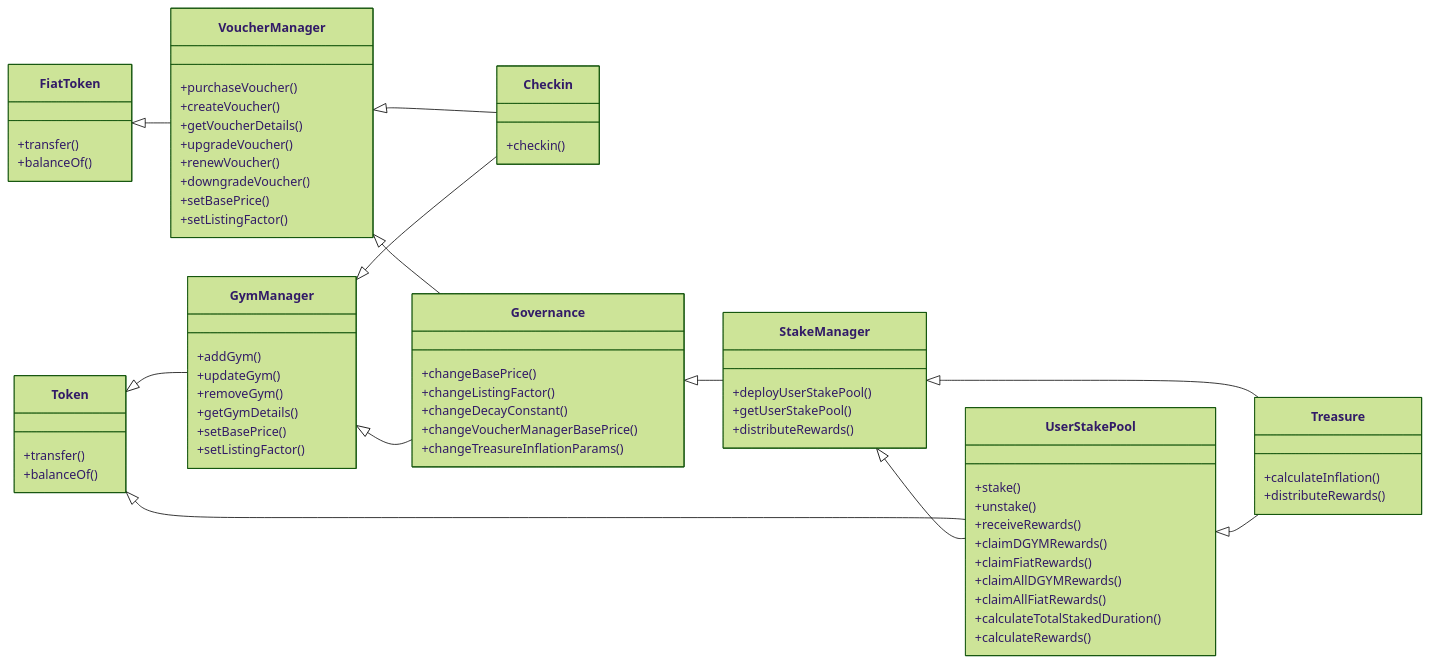
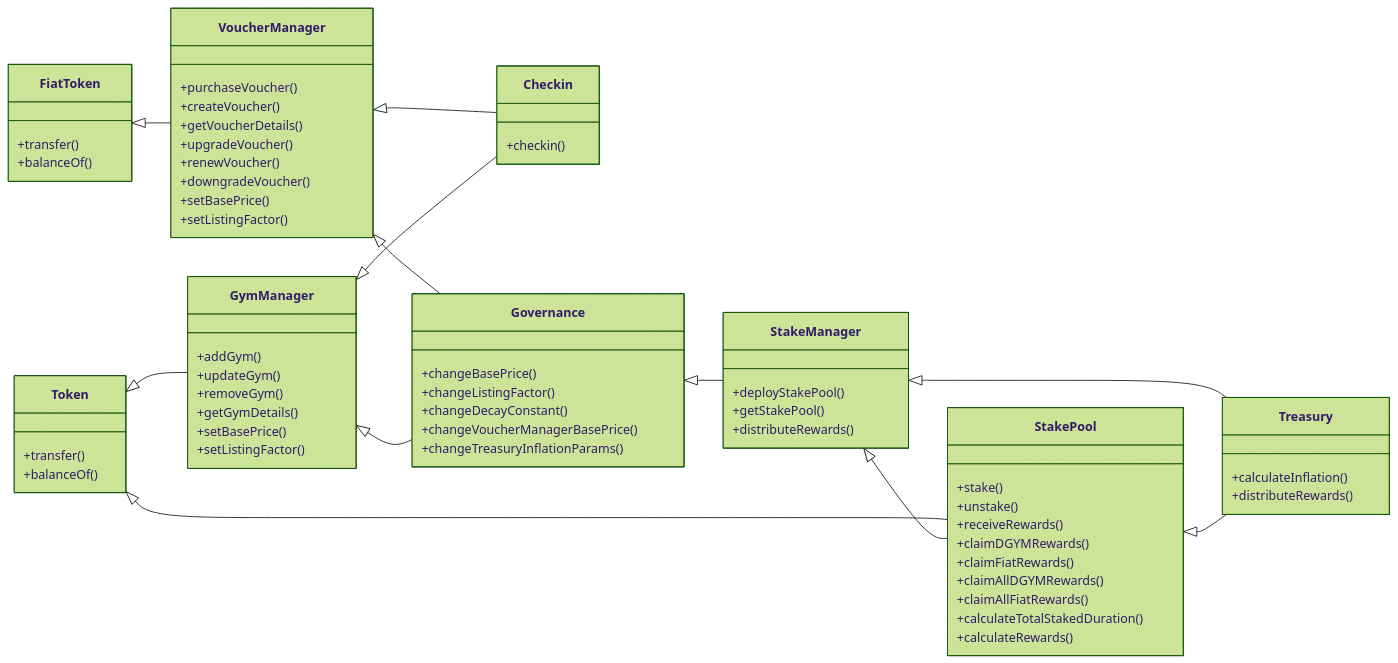
The diagram in contracts/v2/README.md (DeGym/contracts), drawn with Mermaid (forest theme) before and after one commit. The commit also changed other lines of this file and 14 other files, not shown here.

````diff
--- a/contracts/v2/README.md
+++ b/contracts/v2/README.md
@@ -140,73 +140,73 @@
 ```mermaid
 classDiagram
   direction LR
   class Token {
     +transfer()
     +balanceOf()
   }
   class FiatToken {
     +transfer()
     +balanceOf()
   }
   class VoucherManager {
     +purchaseVoucher()
     +createVoucher()
     +getVoucherDetails()
     +upgradeVoucher()
     +renewVoucher()
     +downgradeVoucher()
     +setBasePrice()
     +setListingFactor()
   }
   class GymManager {
     +addGym()
     +updateGym()
     +removeGym()
     +getGymDetails()
     +setBasePrice()
     +setListingFactor()
   }
   class Checkin {
     +checkin()
   }
   class Governance {
     +changeBasePrice()
     +changeListingFactor()
     +changeDecayConstant()
     +changeVoucherManagerBasePrice()
-    +changeTreasureInflationParams()
+    +changeTreasuryInflationParams()
   }
   class StakeManager {
-    +deployUserStakePool()
-    +getUserStakePool()
+    +deployStakePool()
+    +getStakePool()
     +distributeRewards()
   }
-  class UserStakePool {
+  class StakePool {
     +stake()
     +unstake()
     +receiveRewards()
     +claimDGYMRewards()
     +claimFiatRewards()
     +claimAllDGYMRewards()
     +claimAllFiatRewards()
     +calculateTotalStakedDuration()
     +calculateRewards()
   }
-  class Treasure {
+  class Treasury {
     +calculateInflation()
     +distributeRewards()
   }
 
-  Token <|-- UserStakePool
+  Token <|-- StakePool
   FiatToken <|-- VoucherManager
   Token <|-- GymManager
   VoucherManager <|-- Checkin
   GymManager <|-- Checkin
   VoucherManager <|-- Governance
   GymManager <|-- Governance
-  StakeManager <|-- UserStakePool
+  StakeManager <|-- StakePool
   Governance <|-- StakeManager
-  StakeManager <|-- Treasure
-  UserStakePool <|-- Treasure
+  StakeManager <|-- Treasury
+  StakePool <|-- Treasury
 
 ```
````
